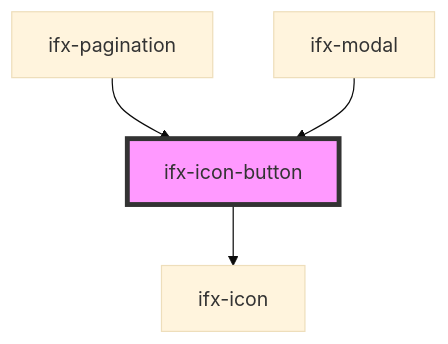
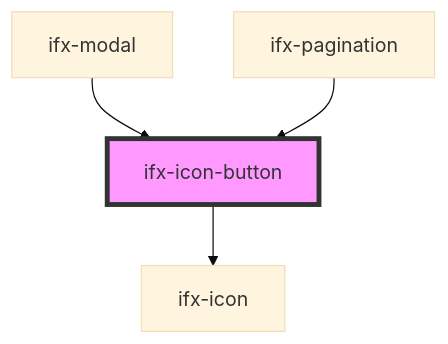
Before and after one commit to Infineon/infineon-design-system-stencil: the diagram in packages/components/src/components/icon-button/readme.md, drawn with Mermaid (base theme). The commit also changed other lines of this file and 1 other file, not shown here.

````diff
--- a/packages/components/src/components/icon-button/readme.md
+++ b/packages/components/src/components/icon-button/readme.md
@@ -49,7 +46,7 @@
 ```mermaid
 graph TD;
   ifx-icon-button --> ifx-icon
+  ifx-modal --> ifx-icon-button
   ifx-pagination --> ifx-icon-button
-  ifx-modal --> ifx-icon-button
   style ifx-icon-button fill:#f9f,stroke:#333,stroke-width:4px
 ```
````
